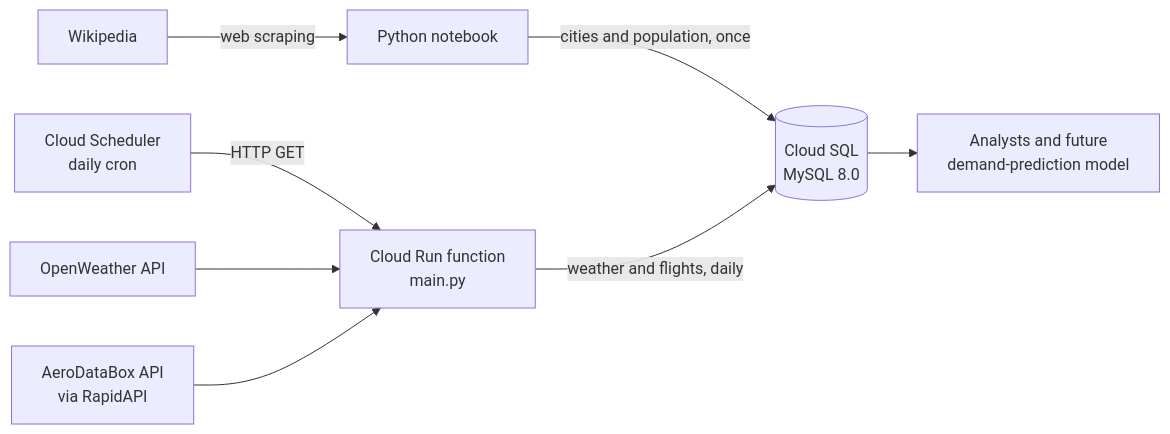
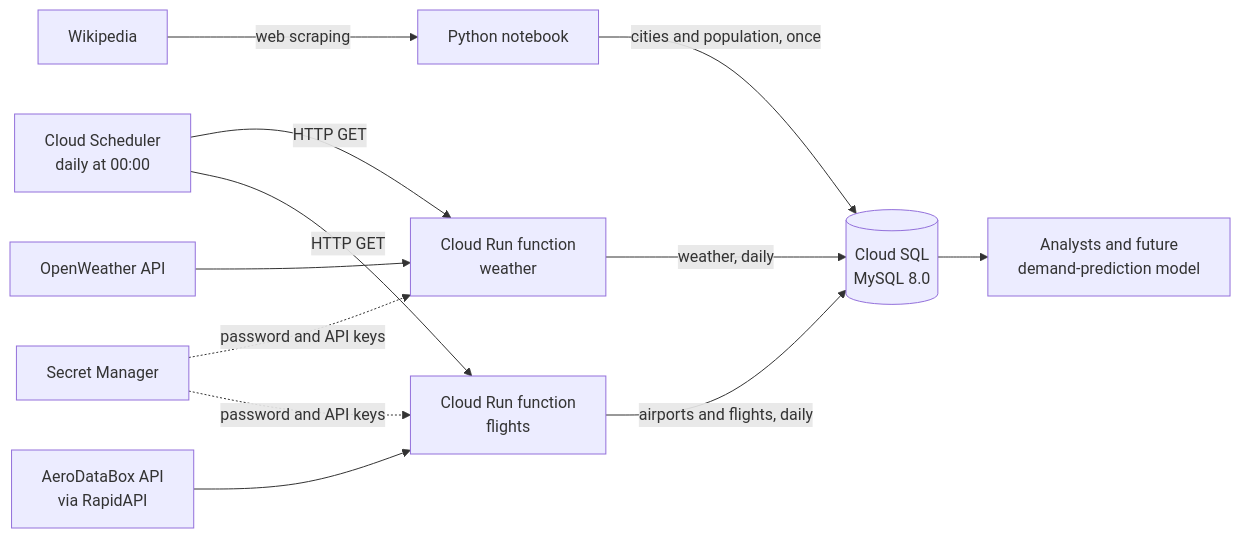
The first of 2 diagrams in README.md (reetu-bhattacharjee/mobility_data_pipeline_gcp_gans), drawn with Mermaid before and after one commit. The commit also changed other lines of this file and 5 other files, not shown here.

Commit message:
Use the real deployed Cloud Run functions; document Secret Manager

````diff
--- a/README.md
+++ b/README.md
@@ -79,10 +80,14 @@
 ```mermaid
 flowchart LR
     W[Wikipedia] -- web scraping --> NB[Python notebook]
     NB -- cities and population, once --> DB[(Cloud SQL<br/>MySQL 8.0)]
-    CS[Cloud Scheduler<br/>daily cron] -- HTTP GET --> CF[Cloud Run function<br/>main.py]
-    OW[OpenWeather API] --> CF
-    AD[AeroDataBox API<br/>via RapidAPI] --> CF
-    CF -- weather and flights, daily --> DB
+    CS[Cloud Scheduler<br/>daily at 00:00] -- HTTP GET --> WF[Cloud Run function<br/>weather]
+    CS -- HTTP GET --> FF[Cloud Run function<br/>flights]
+    SM[Secret Manager] -. password and API keys .-> WF
+    SM -. password and API keys .-> FF
+    OW[OpenWeather API] --> WF
+    AD[AeroDataBox API<br/>via RapidAPI] --> FF
+    WF -- weather, daily --> DB
+    FF -- airports and flights, daily --> DB
     DB --> A[Analysts and future<br/>demand-prediction model]
 ```
````
